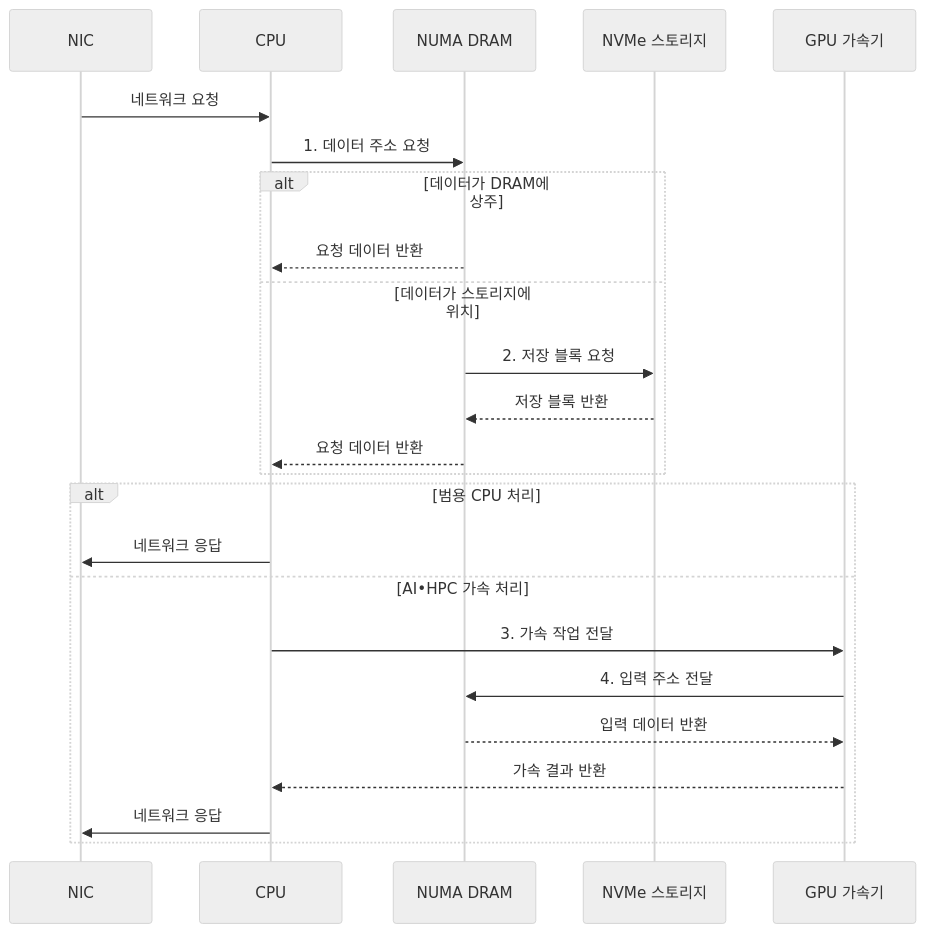
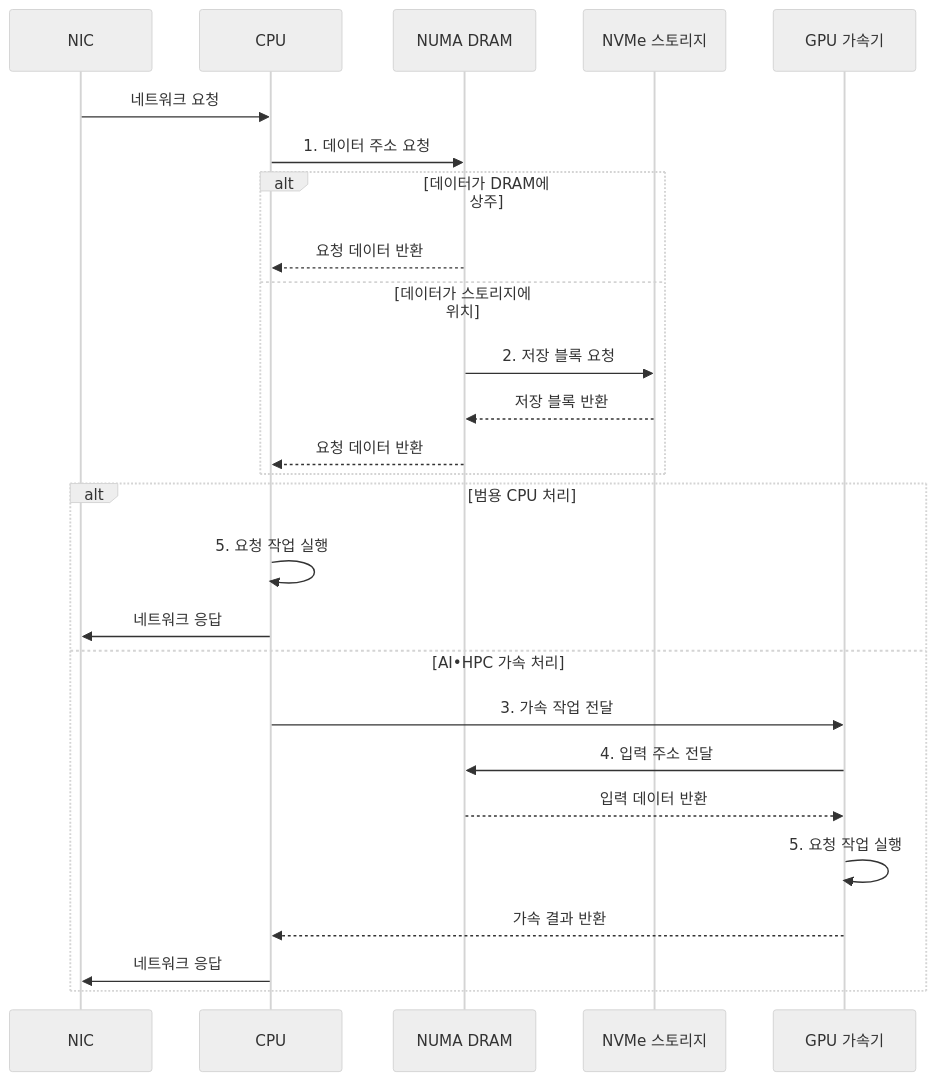
One commit to agnusdei1207/knowledge-base changed the second of 2 diagrams in src/content/docs/notes/02-hardware/054_data_center_server_architecture.md. Above: the diagram before and after it, drawn with Mermaid (neutral theme). The commit also changed other lines of this file and 14 other files, not shown here.

````diff
--- a/src/content/docs/notes/02-hardware/054_data_center_server_architecture.md
+++ b/src/content/docs/notes/02-hardware/054_data_center_server_architecture.md
@@ -117,27 +117,29 @@
 ```mermaid
 sequenceDiagram
     participant N as NIC
     participant C as CPU
     participant M as NUMA DRAM
     participant S as NVMe 스토리지
     participant G as GPU 가속기
 
     N->>C: 네트워크 요청
     C->>M: 1. 데이터 주소 요청
     alt 데이터가 DRAM에 상주
         M-->>C: 요청 데이터 반환
     else 데이터가 스토리지에 위치
         M->>S: 2. 저장 블록 요청
         S-->>M: 저장 블록 반환
         M-->>C: 요청 데이터 반환
     end
     alt 범용 CPU 처리
+        C->>C: 5. 요청 작업 실행
         C->>N: 네트워크 응답
     else AI•HPC 가속 처리
         C->>G: 3. 가속 작업 전달
         G->>M: 4. 입력 주소 전달
         M-->>G: 입력 데이터 반환
+        G->>G: 5. 요청 작업 실행
         G-->>C: 가속 결과 반환
         C->>N: 네트워크 응답
     end
 ```
````
